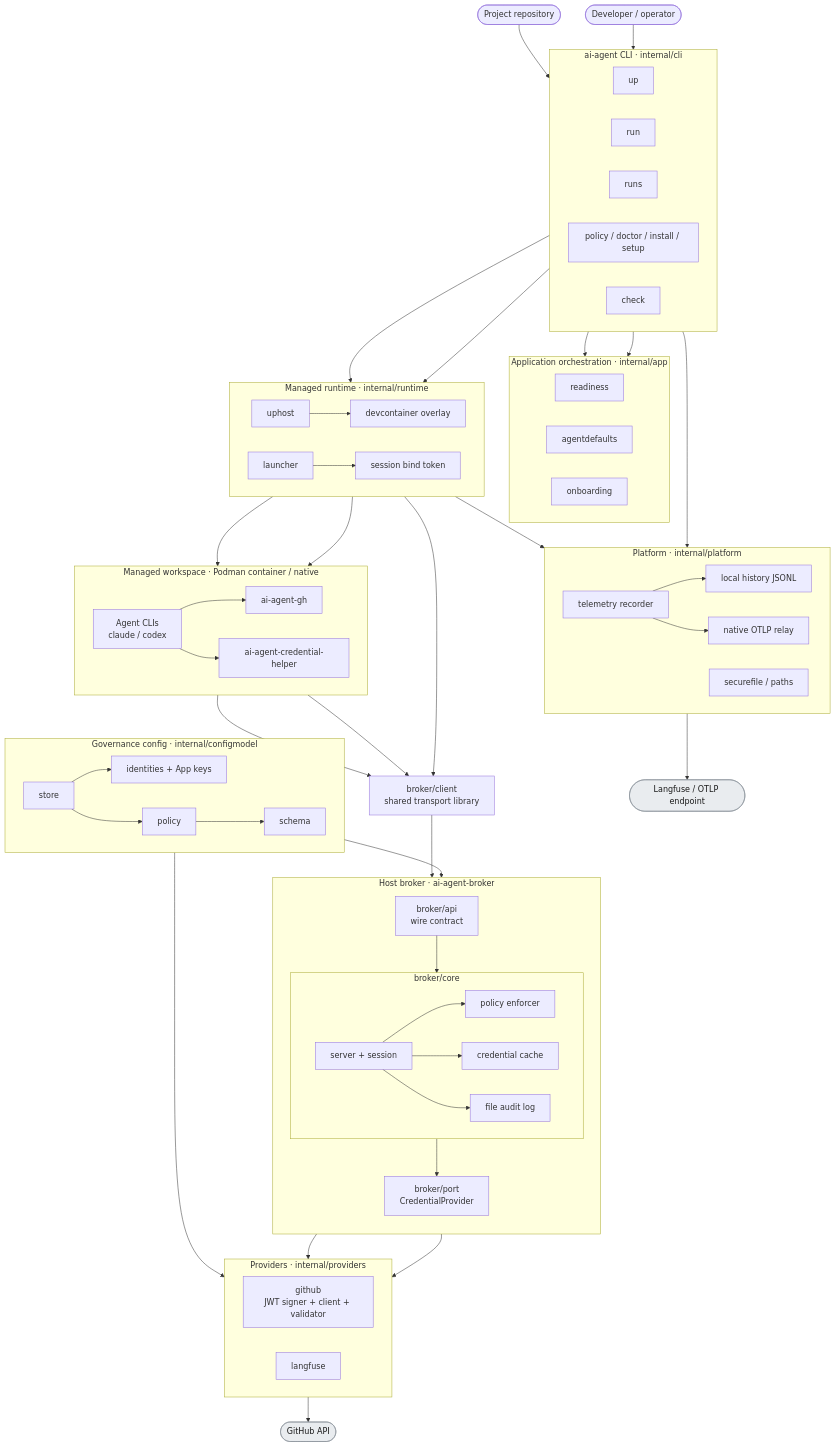
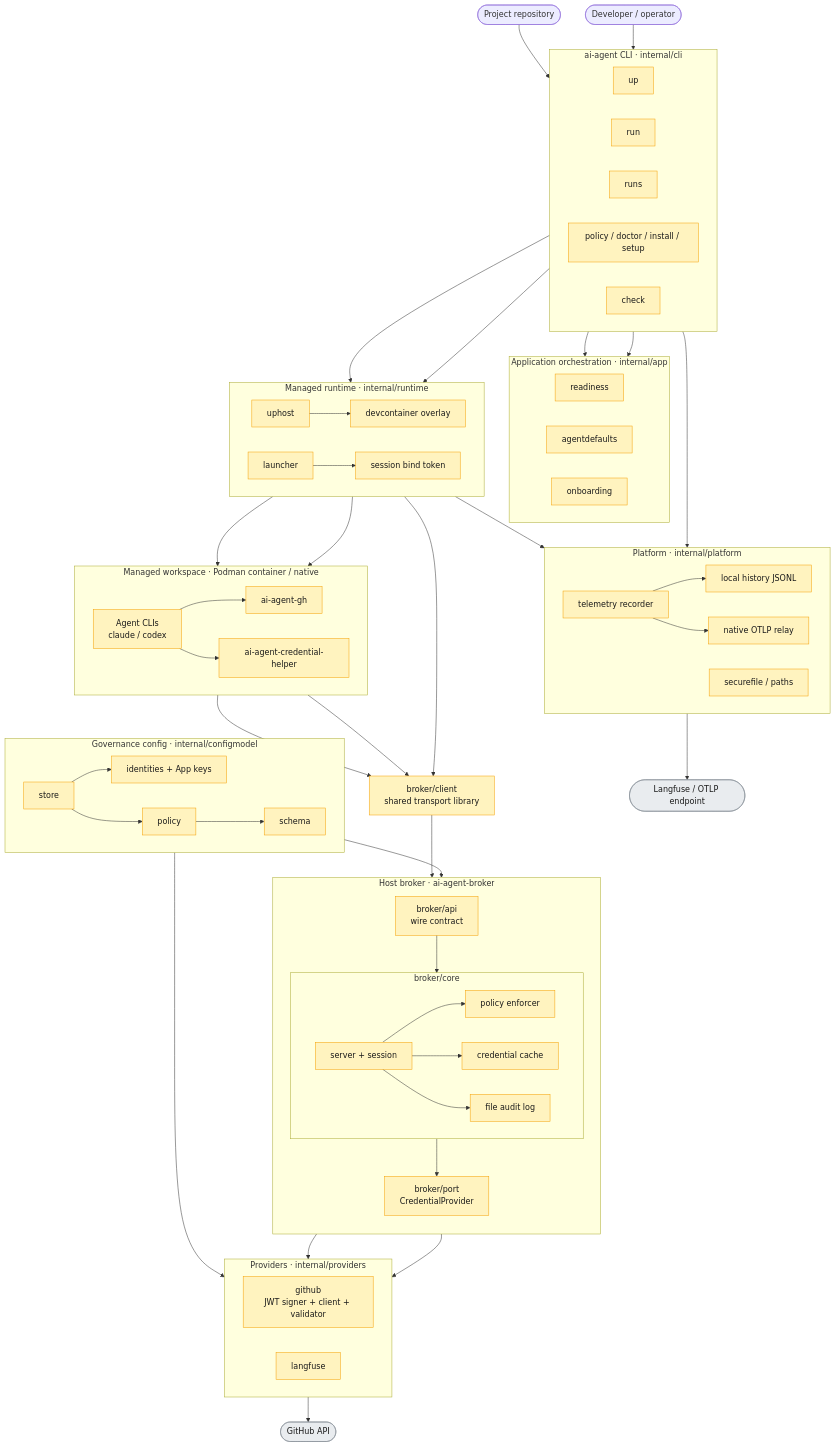
Before and after one commit to maryzam/ai-crew-localdev: the first of 2 diagrams in docs/current-north-star-architecture.md, drawn with Mermaid.

Commit message:
docs: apply the yellow current-node style in the as-of-today diagram
Finding 6: the legend says current nodes are yellow, but the bin classDef
was never assigned, so every node rendered with the default style. Apply
the bin class to the current nodes so the diagram matches its legend.

````diff
--- a/docs/current-north-star-architecture.md
+++ b/docs/current-north-star-architecture.md
@@ -127,5 +127,6 @@
 
     classDef bin fill:#fff3bf,stroke:#f59f00,color:#1a1a1a
     classDef ext fill:#e9ecef,stroke:#868e96,color:#1a1a1a
+    class UpCmd,RunCmd,RunsCmd,GovCmds,CheckCmd,Readiness,AgentDefaults,Onboarding,UpHost,Launcher,Devcontainer,SessionBind,Agents,GhShim,CredHelper,BClient,BAPI,Server,PolicyEnforce,Cache,Audit,Port,GitHub,Langfuse,Store,Identity,Policy,Schema,Telemetry,LocalSink,OTLPSink,SecureFile bin
     class ExtGitHub,ExtLF ext
 ```
````
